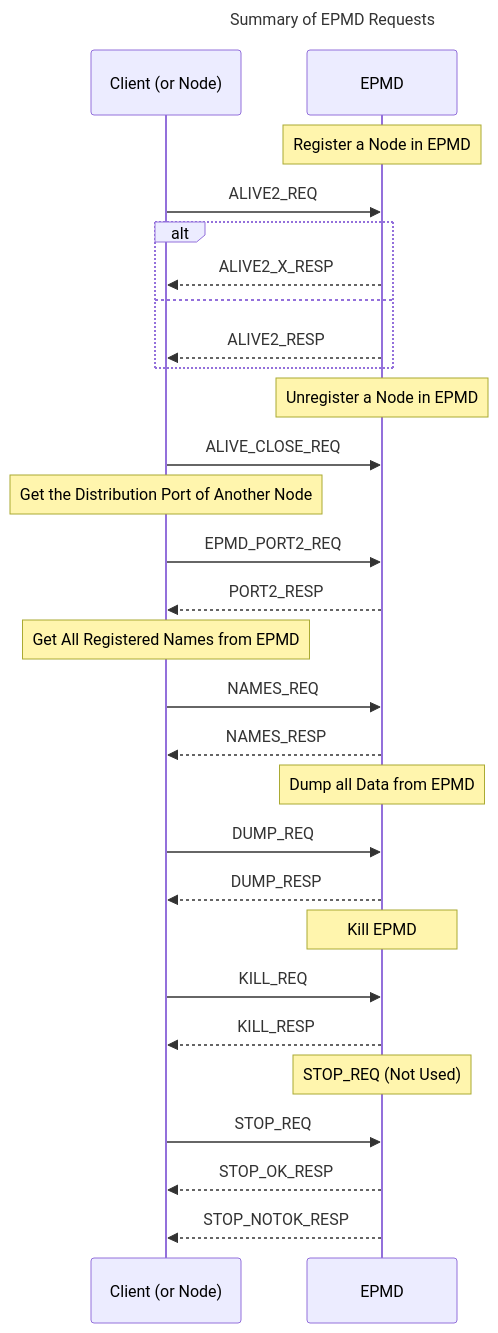
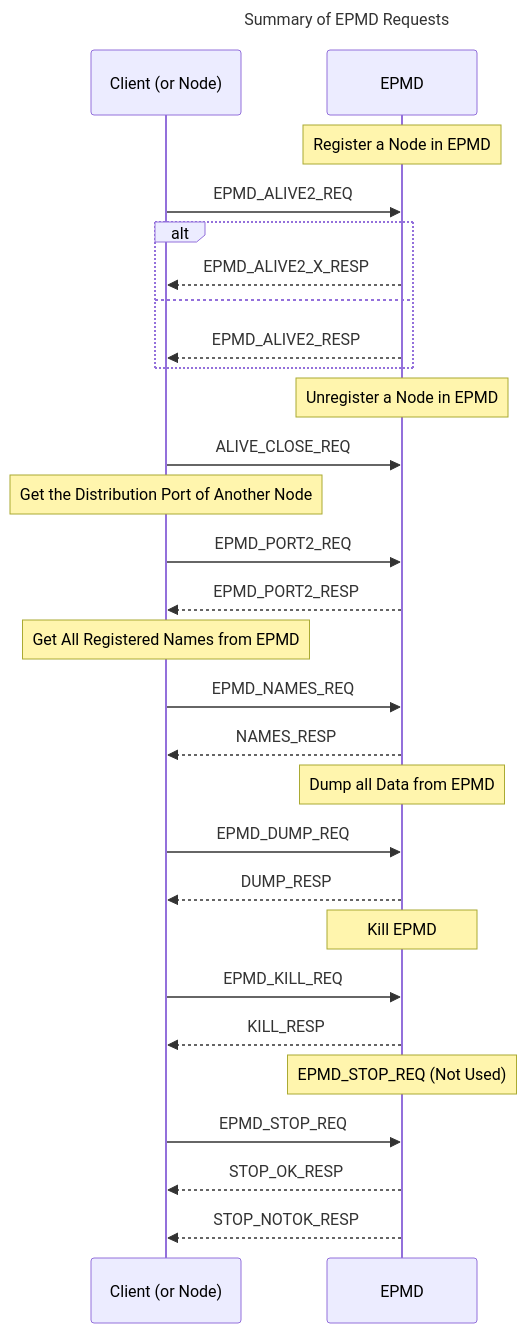
The first of 8 diagrams in erts/doc/guides/erl_dist_protocol.md (erlang/otp), drawn with Mermaid before and after one commit. The commit also changed other lines of this file and 3 other files, not shown here.

````diff
--- a/erts/doc/guides/erl_dist_protocol.md
+++ b/erts/doc/guides/erl_dist_protocol.md
@@ -72,41 +72,41 @@
 ```mermaid
 ---
 title: Summary of EPMD Requests
 ---
 
 sequenceDiagram
     participant client as Client (or Node)
     participant EPMD
 
     Note over EPMD: Register a Node in EPMD
-    client ->> EPMD: ALIVE2_REQ
+    client ->> EPMD: EPMD_ALIVE2_REQ
     alt
-        EPMD -->> client: ALIVE2_X_RESP
+        EPMD -->> client: EPMD_ALIVE2_X_RESP
     else
-        EPMD -->> client: ALIVE2_RESP
+        EPMD -->> client: EPMD_ALIVE2_RESP
     end
 
     Note over EPMD: Unregister a Node in EPMD
     client ->> EPMD: ALIVE_CLOSE_REQ
 
     Note over client: Get the Distribution Port of Another Node
     client ->> EPMD: EPMD_PORT2_REQ
-    EPMD -->> client: PORT2_RESP
+    EPMD -->> client: EPMD_PORT2_RESP
 
     Note over client: Get All Registered Names from EPMD
-    client ->> EPMD: NAMES_REQ
+    client ->> EPMD: EPMD_NAMES_REQ
     EPMD -->> client: NAMES_RESP
 
     Note over EPMD: Dump all Data from EPMD
-    client ->> EPMD: DUMP_REQ
+    client ->> EPMD: EPMD_DUMP_REQ
     EPMD -->> client: DUMP_RESP
 
     Note over EPMD: Kill EPMD
-    client ->> EPMD: KILL_REQ
+    client ->> EPMD: EPMD_KILL_REQ
     EPMD -->> client: KILL_RESP
 
-    Note over EPMD: STOP_REQ (Not Used)
-    client ->> EPMD: STOP_REQ
+    Note over EPMD: EPMD_STOP_REQ (Not Used)
+    client ->> EPMD: EPMD_STOP_REQ
     EPMD -->> client: STOP_OK_RESP
     EPMD -->> client: STOP_NOTOK_RESP
 ```
````
